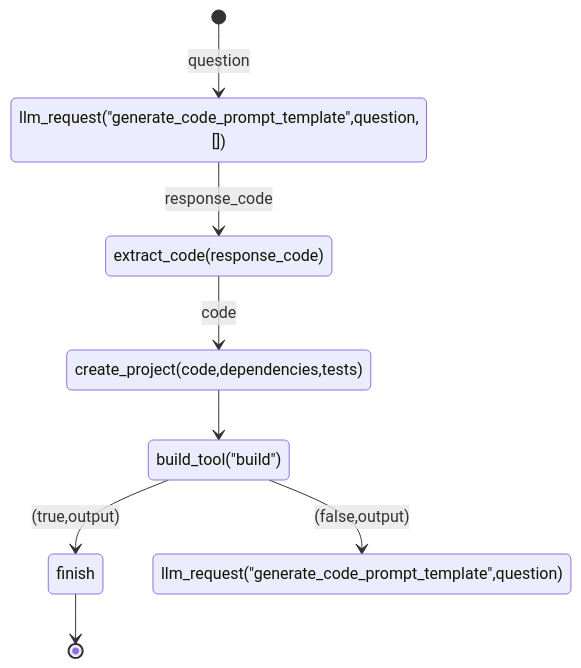
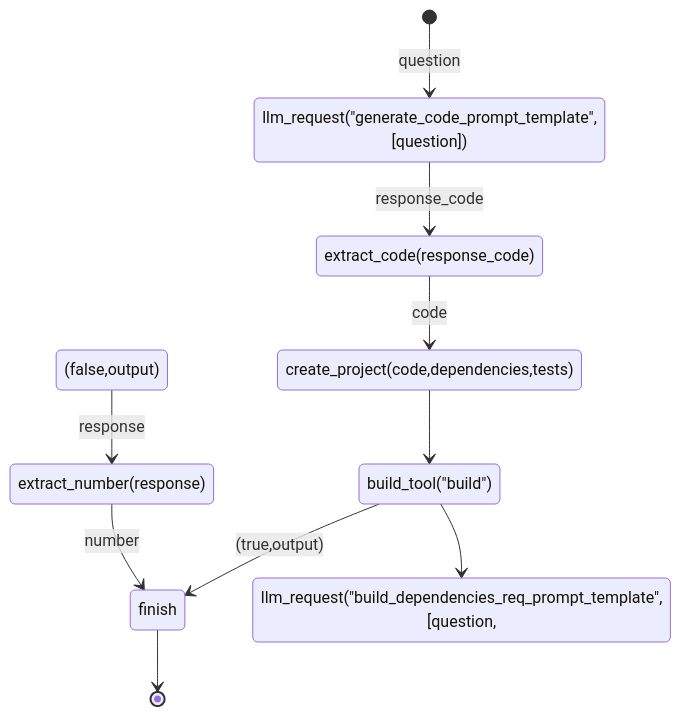
Before and after one commit to rizgan/LLM-Logic-Exec-Verify: the diagram in state.md, drawn with Mermaid.

````diff
--- a/state.md
+++ b/state.md
@@ -20,10 +20,12 @@
 ```mermaid
 stateDiagram
-[*] --> llm_request("generate_code_prompt_template",question,[]) : question
-llm_request("generate_code_prompt_template",question,[]) --> extract_code(response_code) : response_code
+[*] --> llm_request("generate_code_prompt_template",[question]) : question
+llm_request("generate_code_prompt_template",[question]) --> extract_code(response_code) : response_code
 extract_code(response_code) --> create_project(code,dependencies,tests) : code
 create_project(code,dependencies,tests) --> build_tool("build")
 build_tool("build") --> finish : (true,output) 
-build_tool("build") --> llm_request("generate_code_prompt_template",question) : (false,output) 
+build_tool("build") --> llm_request("build_dependencies_req_prompt_template",[question, output]) : (false,output) 
+llm_request("build_dependencies_req_prompt_template",[question, output])  --> extract_number(response) : response
+extract_number(response) --> finish : number
 finish --> [*]
 ```
````
